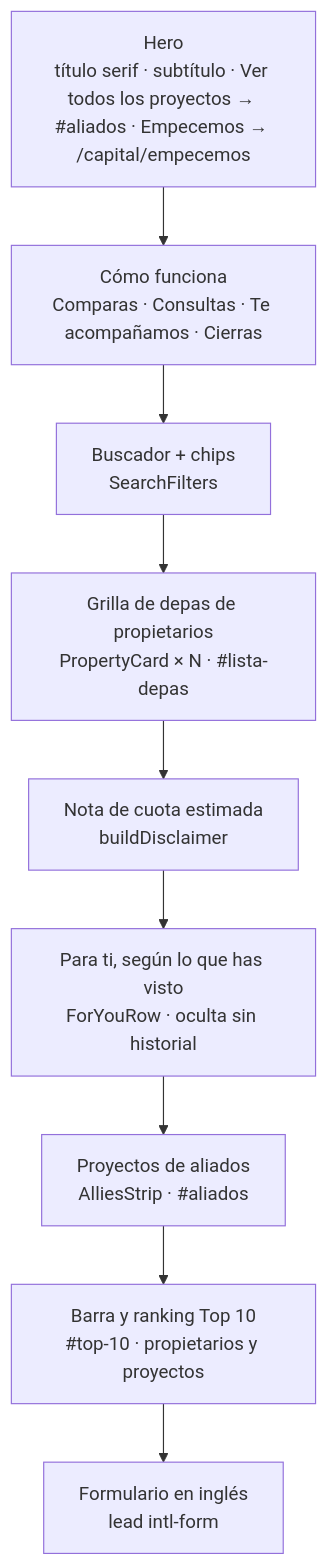
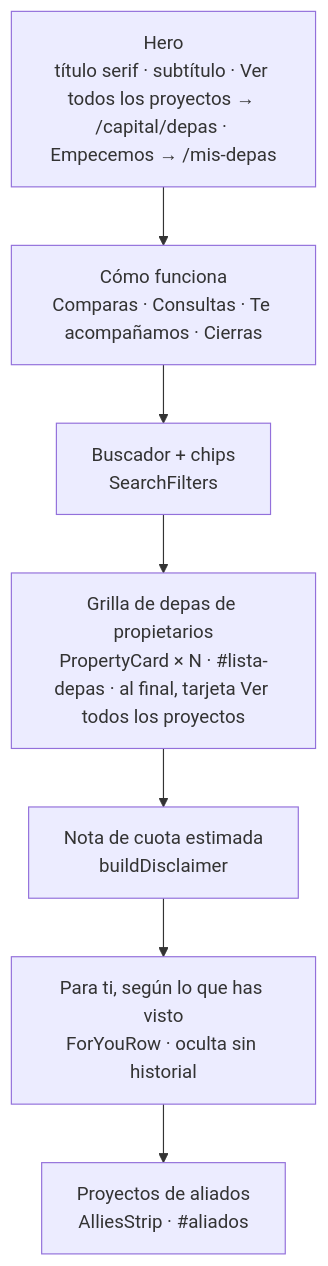
One commit to samirharrytl/DHC_landing changed the second of 2 diagrams in docs/plataforma/02-frontend.md. Above: the diagram before and after it, drawn with Mermaid. The commit also changed other lines of this file and 86 other files, not shown here.

````diff
--- a/docs/plataforma/02-frontend.md
+++ b/docs/plataforma/02-frontend.md
@@ -149,13 +148,11 @@
 ```mermaid
 flowchart TB
-    A["Hero<br/>título serif · subtítulo · Ver todos los proyectos → #aliados · Empecemos → /capital/empecemos"]
+    A["Hero<br/>título serif · subtítulo · Ver todos los proyectos → /capital/depas · Empecemos → /mis-depas"]
     B["Cómo funciona<br/>Comparas · Consultas · Te acompañamos · Cierras"]
     C["Buscador + chips<br/>SearchFilters"]
-    D["Grilla de depas de propietarios<br/>PropertyCard × N · #lista-depas"]
+    D["Grilla de depas de propietarios<br/>PropertyCard × N · #lista-depas · al final, tarjeta Ver todos los proyectos"]
     E["Nota de cuota estimada<br/>buildDisclaimer"]
     F["Para ti, según lo que has visto<br/>ForYouRow · oculta sin historial"]
     G["Proyectos de aliados<br/>AlliesStrip · #aliados"]
-    H["Barra y ranking Top 10<br/>#top-10 · propietarios y proyectos"]
-    I["Formulario en inglés<br/>lead intl-form"]
-    A --> B --> C --> D --> E --> F --> G --> H --> I
+    A --> B --> C --> D --> E --> F --> G
 ```
````
